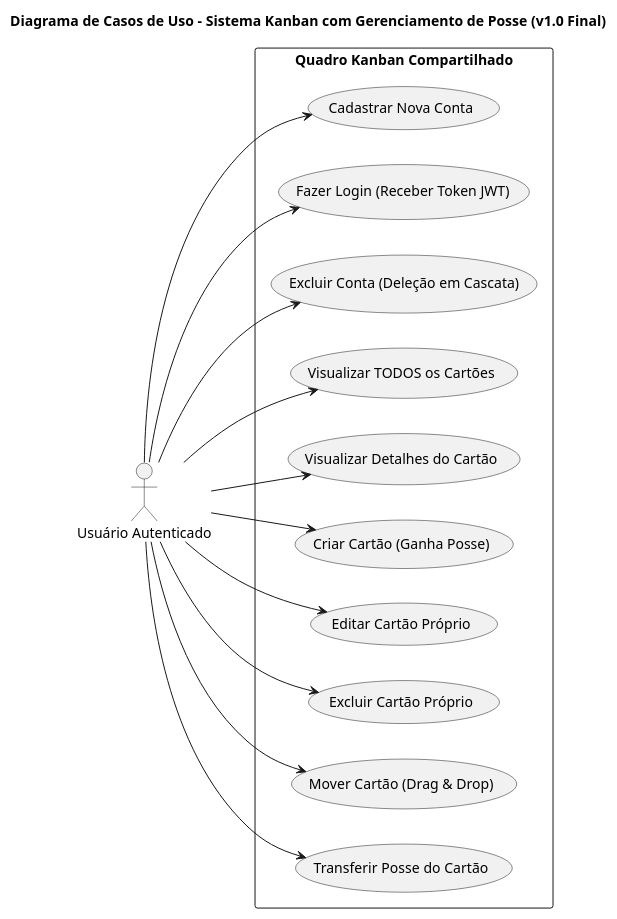
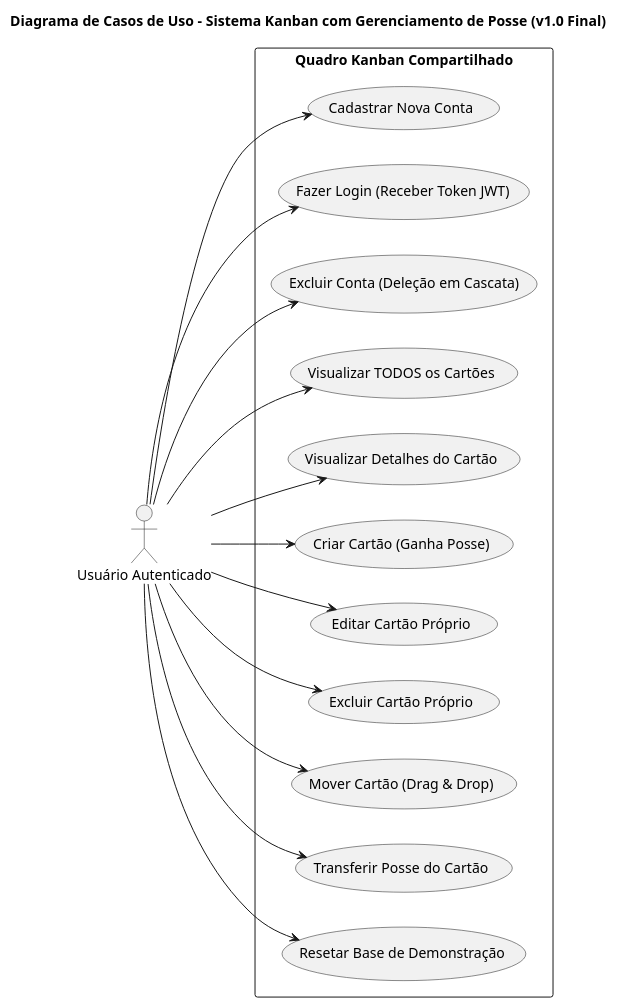
Before and after one commit to Ha1000tonG/sistema-lista: the diagram in CASO_DE_USO.puml, drawn with PlantUML. The commit also changed 6 other files, not shown here.

```diff
--- a/CASO_DE_USO.puml
+++ b/CASO_DE_USO.puml
@@ -1,55 +1,57 @@
 @startuml CASO_DE_USO
 
 ' ------------------------------------------------------------------
 ' TÍTULO E ORIENTAÇÃO
 ' ------------------------------------------------------------------
 title Diagrama de Casos de Uso - Sistema Kanban com Gerenciamento de Posse (v1.0 Final)
 
 ' Define a direção do diagrama
 left to right direction
 
 ' ------------------------------------------------------------------
 ' ATOR
 ' ------------------------------------------------------------------
 ' O único ator é o usuário que está logado no sistema (autenticado)
 actor "Usuário Autenticado" as AuthUser
 
 ' ------------------------------------------------------------------
 ' SISTEMA (LIMITE)
 ' ------------------------------------------------------------------
 rectangle "Quadro Kanban Compartilhado" {
 
   ' Casos de Uso de Acesso
   usecase "Cadastrar Nova Conta" as UC_SIGNUP
   usecase "Fazer Login (Receber Token JWT)" as UC_LOGIN
   usecase "Excluir Conta (Deleção em Cascata)" as UC_DEL_USER
 
   ' Casos de Uso de Visualização e Colaboração
   usecase "Visualizar TODOS os Cartões" as UC_LIST_ALL
   usecase "Visualizar Detalhes do Cartão" as UC_VIEW_DETAIL
 
   ' Casos de Uso de Gerenciamento de Posse (Ações CRUD)
   usecase "Criar Cartão (Ganha Posse)" as UC_CREATE
   usecase "Editar Cartão Próprio" as UC_EDIT
   usecase "Excluir Cartão Próprio" as UC_DELETE
   usecase "Mover Cartão (Drag & Drop)" as UC_MOVE
   usecase "Transferir Posse do Cartão" as UC_TRANSFER
+  usecase "Resetar Base de Demonstração" as UC_RESET
 }
 
 ' ------------------------------------------------------------------
 ' RELACIONAMENTOS (O Usuário Autenticado faz todas as ações)
 ' ------------------------------------------------------------------
 AuthUser --> UC_SIGNUP
 AuthUser --> UC_LOGIN
 AuthUser --> UC_DEL_USER
 AuthUser --> UC_LIST_ALL
 AuthUser --> UC_VIEW_DETAIL
 
 ' Ligações diretas para as ações de Gerenciamento de Posse
 AuthUser --> UC_CREATE
 AuthUser --> UC_EDIT
 AuthUser --> UC_DELETE
 AuthUser --> UC_MOVE
 AuthUser --> UC_TRANSFER
+AuthUser --> UC_RESET
 
 @enduml
```
